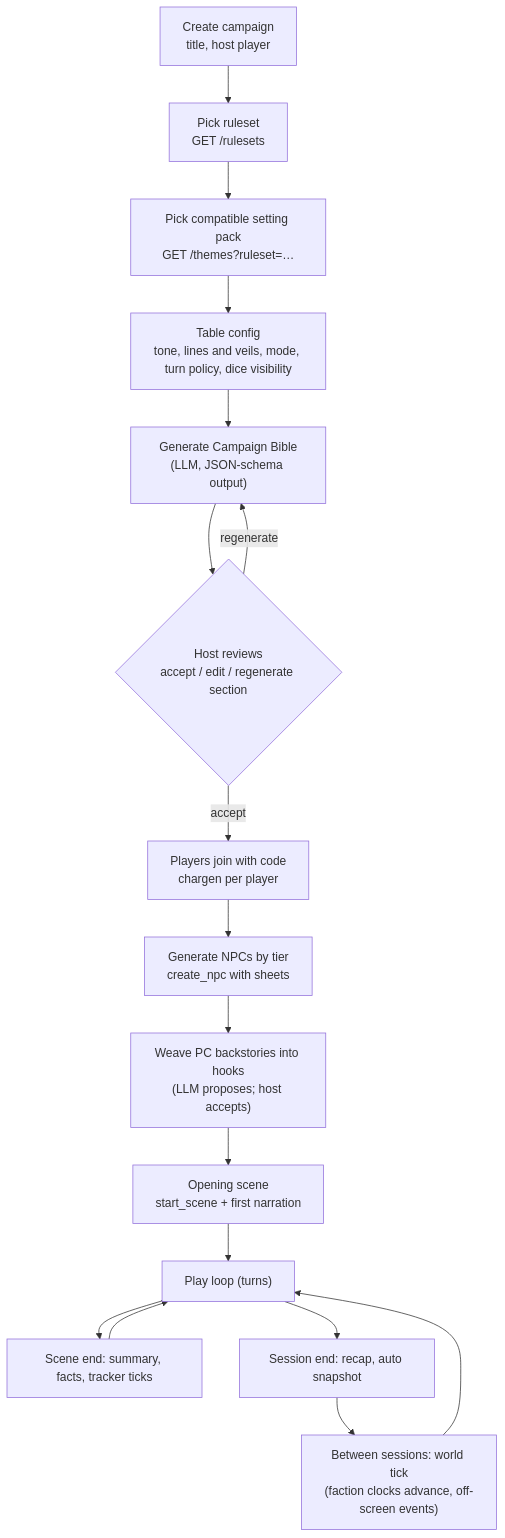
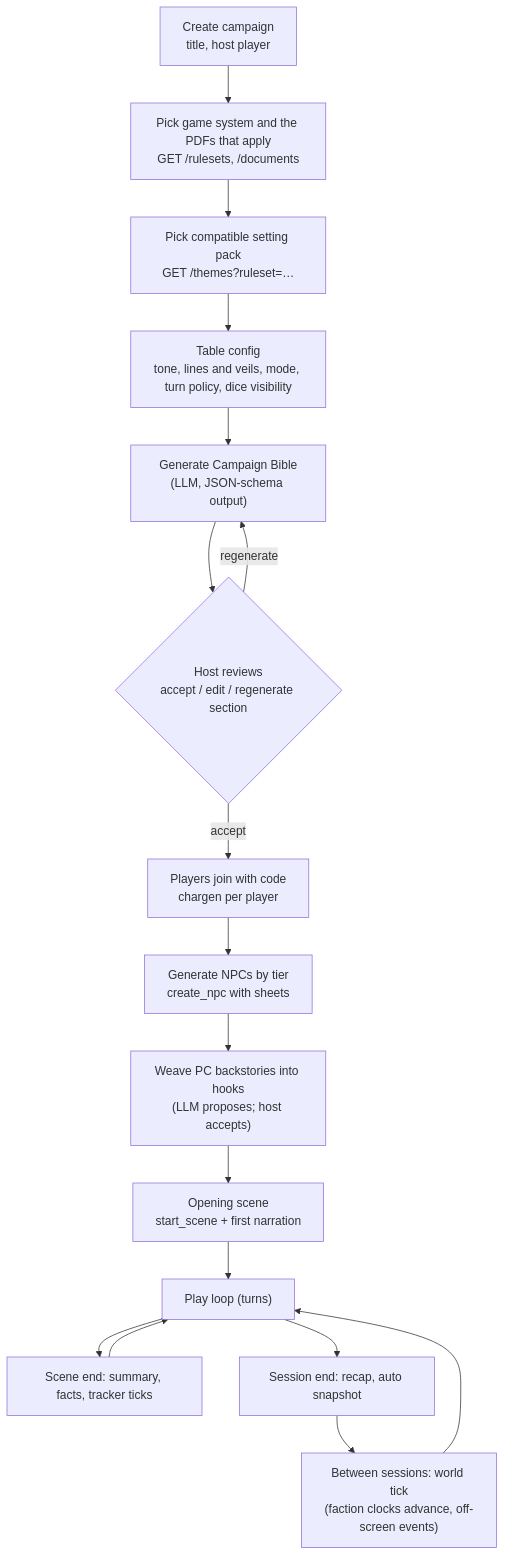
Before and after one commit to misears/Storyteller-AI-Agent: the sixth of 7 diagrams in docs/STORYTELLER_PLAN.md, drawn with Mermaid. The commit also changed other lines of this file and 7 other files, not shown here.

Commit message:
docs: apply owner answers (PDF-driven systems, accounts, purge, timelines); delete BlackDragon duplicates

````diff
--- a/docs/STORYTELLER_PLAN.md
+++ b/docs/STORYTELLER_PLAN.md
@@ -1425,19 +1559,19 @@
 ```mermaid
 flowchart TD
-    A["Create campaign<br/>title, host player"] --> B["Pick ruleset<br/>GET /rulesets"]
+    A["Create campaign<br/>title, host player"] --> B["Pick game system and the PDFs that apply<br/>GET /rulesets, /documents"]
     B --> C["Pick compatible setting pack<br/>GET /themes?ruleset=…"]
     C --> D["Table config<br/>tone, lines and veils, mode, turn policy, dice visibility"]
     D --> E["Generate Campaign Bible<br/>(LLM, JSON-schema output)"]
     E --> F{"Host reviews<br/>accept / edit / regenerate section"}
     F -- regenerate --> E
     F -- accept --> G["Players join with code<br/>chargen per player"]
     G --> H["Generate NPCs by tier<br/>create_npc with sheets"]
     H --> I["Weave PC backstories into hooks<br/>(LLM proposes; host accepts)"]
     I --> J["Opening scene<br/>start_scene + first narration"]
     J --> K["Play loop (turns)"]
     K --> L["Scene end: summary, facts, tracker ticks"]
     L --> K
     K --> M["Session end: recap, auto snapshot"]
     M --> N["Between sessions: world tick<br/>(faction clocks advance, off-screen events)"]
     N --> K
 ```
````
